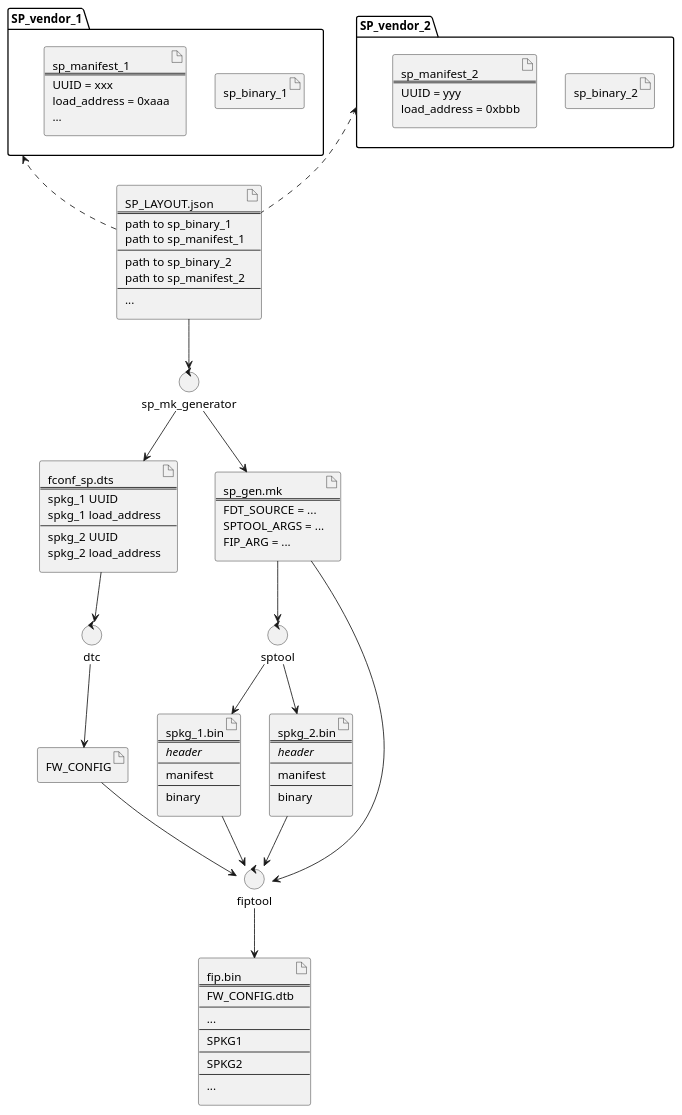
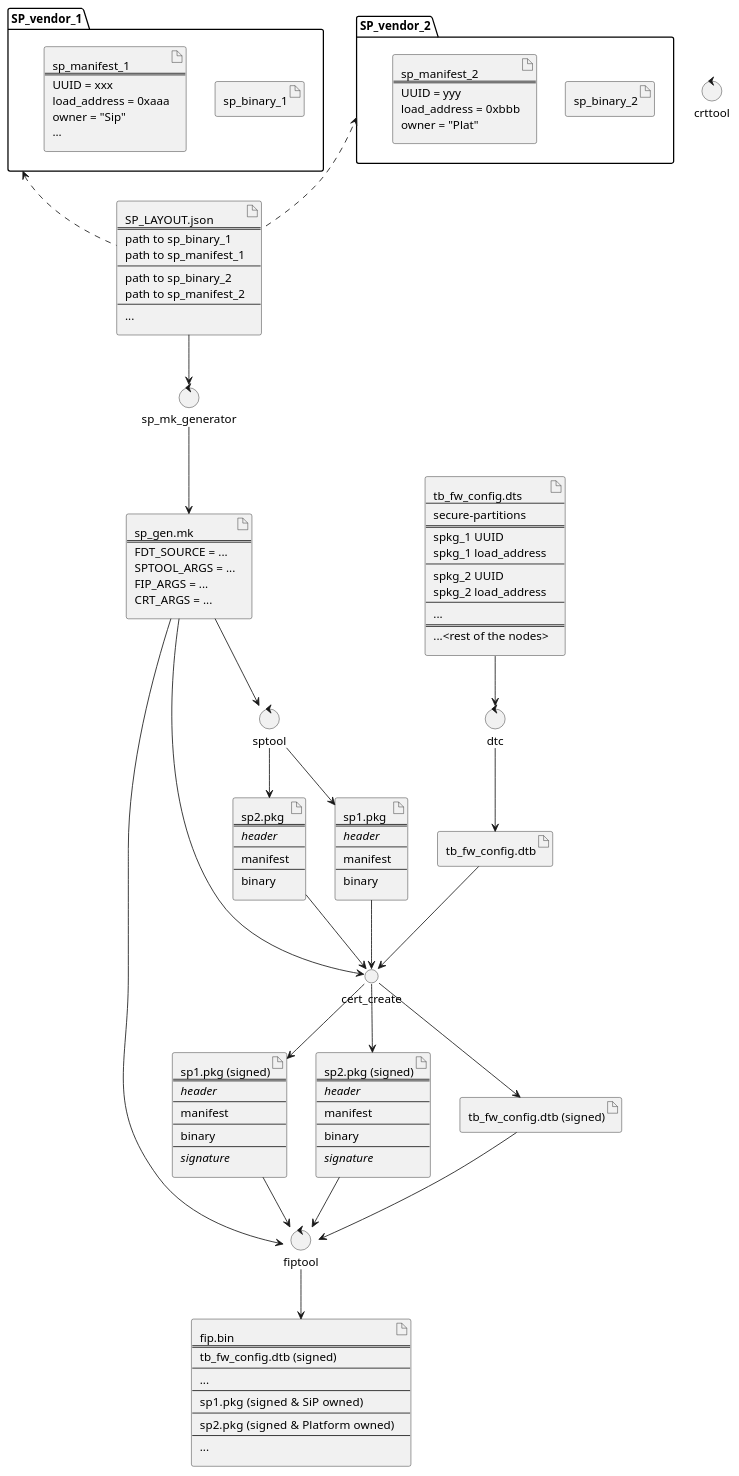
Before and after one commit to discosat/atf-fus: the diagram in docs/resources/diagrams/plantuml/fip-secure-partitions.puml, drawn with PlantUML. The commit also changed 1897 other files, not shown here.

```diff
--- a/docs/resources/diagrams/plantuml/fip-secure-partitions.puml
+++ b/docs/resources/diagrams/plantuml/fip-secure-partitions.puml
@@ -7,116 +7,161 @@
 @startuml
 
 folder SP_vendor_1 {
  artifact sp_binary_1
  artifact sp_manifest_1 [
  sp_manifest_1
  ===
  UUID = xxx
  load_address = 0xaaa
+ owner = "Sip"
  ...
  ]
 }
 
 folder SP_vendor_2 {
  artifact sp_binary_2
  artifact sp_manifest_2 [
  sp_manifest_2
  ===
  UUID = yyy
  load_address = 0xbbb
+ owner = "Plat"
  ]
 }
+
+artifact tb_fw_config.dts [
+ tb_fw_config.dts
+ ----
+ secure-partitions
+ ===
+ spkg_1 UUID
+ spkg_1 load_address
+ ---
+ spkg_2 UUID
+ spkg_2 load_address
+ ---
+ ...
+ ===
+ ...<rest of the nodes>
+]
 
 artifact config.json [
  SP_LAYOUT.json
  ===
  path to sp_binary_1
  path to sp_manifest_1
  ---
  path to sp_binary_2
  path to sp_manifest_2
  ---
  ...
 ]
 
 control sp_mk_generator
 
-artifact fconf_node [
- fconf_sp.dts
- ===
- spkg_1 UUID
- spkg_1 load_address
- ---
- spkg_2 UUID
- spkg_2 load_address
-]
-
 artifact sp_gen [
  sp_gen.mk
  ===
  FDT_SOURCE = ...
  SPTOOL_ARGS = ...
- FIP_ARG = ...
+ FIP_ARGS = ...
+ CRT_ARGS = ...
 ]
 
 control dtc
 control sptool
 
-artifact FW_CONFIG
+artifact tb_fw_config.dtb
 
 artifact spkg_1 [
- spkg_1.bin
+ sp1.pkg
  ===
  <i>header</i>
  ---
  manifest
  ---
  binary
 ]
 
 artifact spkg_2 [
- spkg_2.bin
+ sp2.pkg
  ===
  <i>header</i>
  ---
  manifest
  ---
  binary
 ]
 
+artifact signed_tb_fw_config.dtb [
+ tb_fw_config.dtb (signed)
+]
+
+artifact signed_spkg_1 [
+ sp1.pkg (signed)
+ ===
+ <i>header</i>
+ ---
+ manifest
+ ---
+ binary
+ ---
+ <i>signature</I>
+]
+
+artifact signed_spkg_2 [
+ sp2.pkg (signed)
+ ===
+ <i>header</i>
+ ---
+ manifest
+ ---
+ binary
+ ---
+ <i>signature</I>
+]
+
+control crttool
 control fiptool
 
 artifact fip [
  fip.bin
  ===
- FW_CONFIG.dtb
+ tb_fw_config.dtb (signed)
  ---
  ...
  ---
- SPKG1
+ sp1.pkg  (signed & SiP owned)
  ---
- SPKG2
+ sp2.pkg  (signed & Platform owned)
  ---
  ...
 ]
 
 config.json .up.> SP_vendor_1
 config.json .up.> SP_vendor_2
 config.json --> sp_mk_generator
-sp_mk_generator --> fconf_node
 sp_mk_generator --> sp_gen
+sp_gen --> fiptool
+sp_gen --> cert_create
+sp_gen --> sptool
 
-sp_gen --> sptool
 sptool --> spkg_1
 sptool --> spkg_2
 
-fconf_node -down-> dtc
-dtc --> FW_CONFIG
+spkg_1 --> cert_create
+spkg_2 --> cert_create
+cert_create --> signed_spkg_1
+cert_create --> signed_spkg_2
 
-sp_gen --> fiptool
-FW_CONFIG --> fiptool
-spkg_1 -down-> fiptool
-spkg_2 -down-> fiptool
+tb_fw_config.dts --> dtc
+dtc --> tb_fw_config.dtb
+tb_fw_config.dtb --> cert_create
+cert_create --> signed_tb_fw_config.dtb
+
+signed_tb_fw_config.dtb --> fiptool
+signed_spkg_1 -down-> fiptool
+signed_spkg_2 -down-> fiptool
 fiptool -down-> fip
 
 @enduml
```
